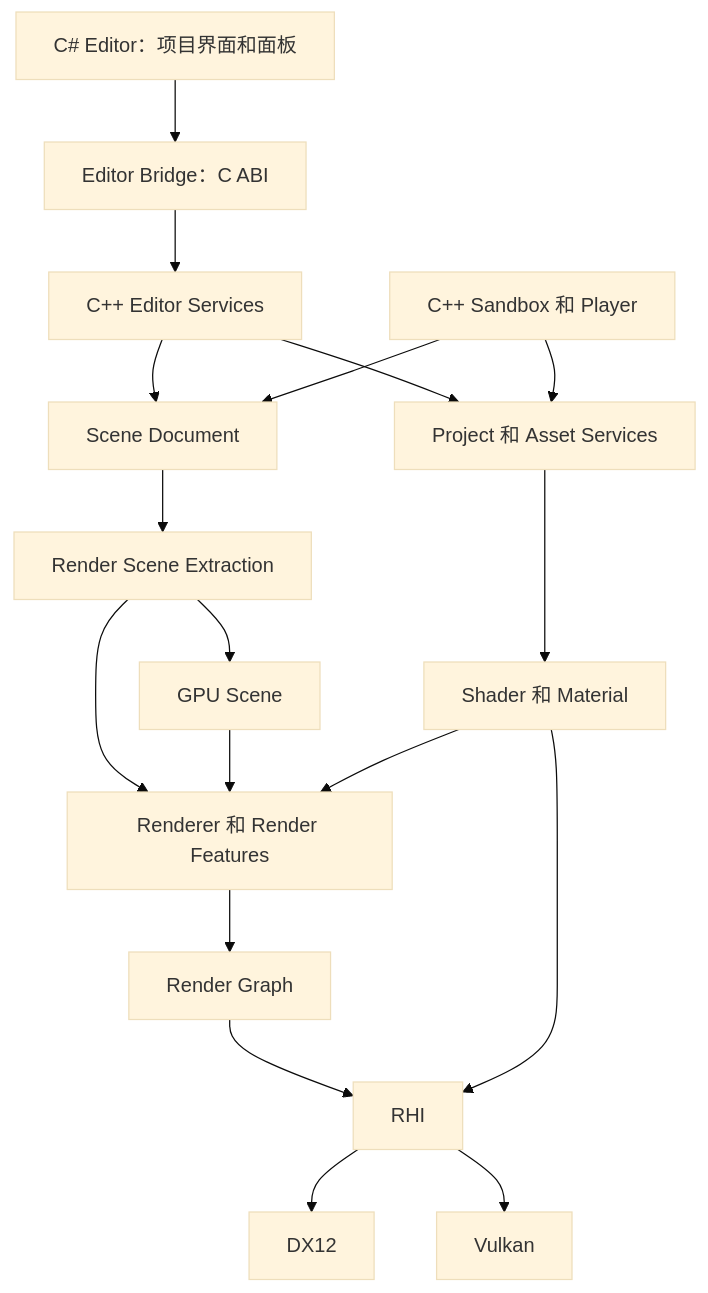
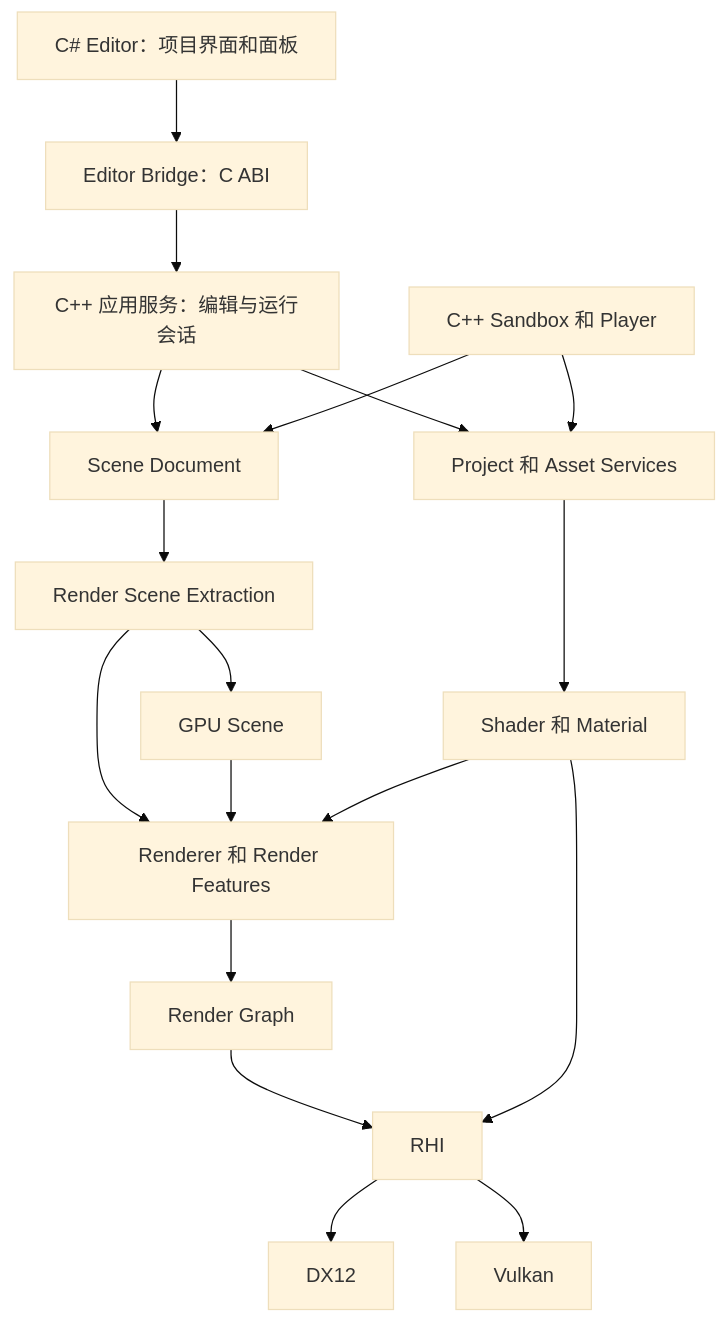
The first of 2 diagrams in design/architecture.md (StarryXYJ/RenderLab), drawn with Mermaid (base theme) before and after one commit. The commit also changed other lines of this file and 26 other files, not shown here.

````diff
--- a/design/architecture.md
+++ b/design/architecture.md
@@ -42,20 +42,20 @@
 ```mermaid
 flowchart TD
     Editor["C# Editor：项目界面和面板"] --> Bridge["Editor Bridge：C ABI"]
-    Bridge --> Services["C++ Editor Services"]
+    Bridge --> Services["C++ 应用服务：编辑与运行会话"]
     Services --> Assets["Project 和 Asset Services"]
     Services --> Scene["Scene Document"]
     Host["C++ Sandbox 和 Player"] --> Assets
     Host --> Scene
     Scene --> Extract["Render Scene Extraction"]
     Extract --> GPUScene["GPU Scene"]
     Extract --> Renderer["Renderer 和 Render Features"]
     GPUScene --> Renderer
     Assets --> Shader["Shader 和 Material"]
     Shader --> Renderer
     Renderer --> Graph["Render Graph"]
     Graph --> RHI["RHI"]
     Shader --> RHI
     RHI --> DX12["DX12"]
     RHI --> Vulkan["Vulkan"]
 ```
````
